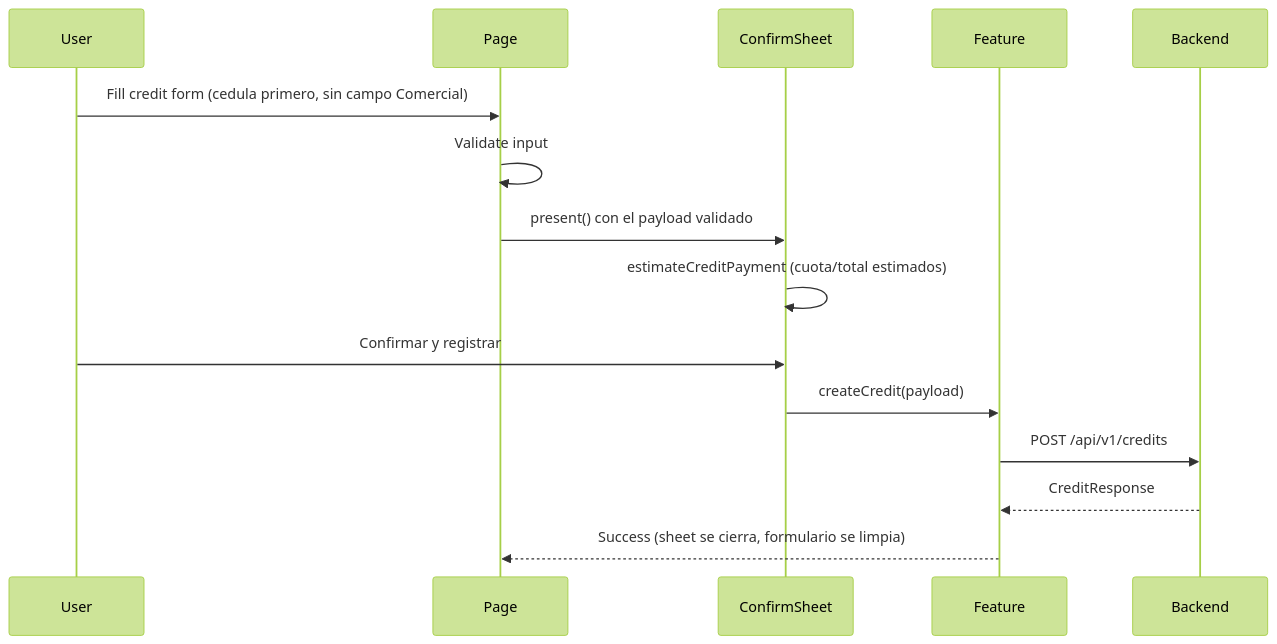
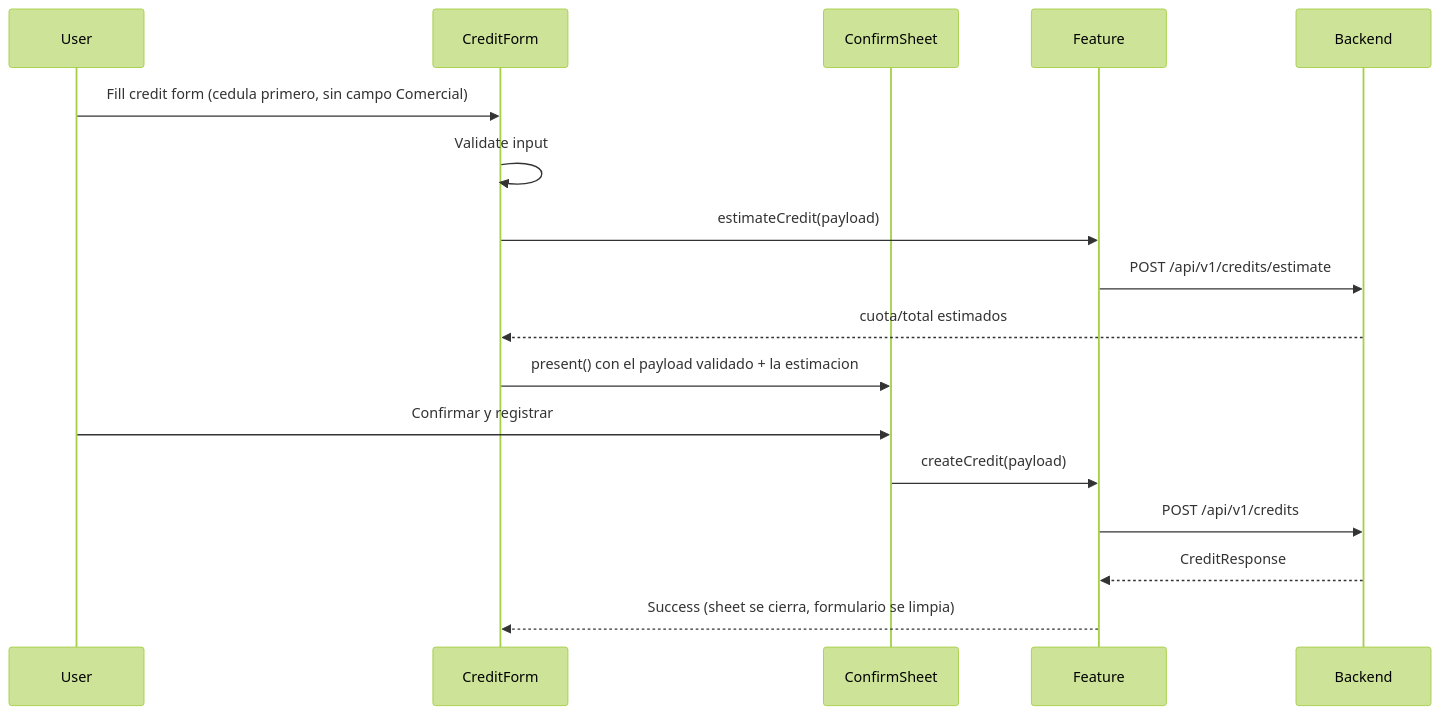
One commit to CarlosPolo019/credit-mobile changed the diagram in knowledge/credits/current-credit-registration-flow.md. Above: the diagram before and after it, drawn with Mermaid (forest theme). The commit also changed other lines of this file and 10 other files, not shown here.

First line of the commit message:
refactor: reuse the backend for the payment estimate, not a local formula

````diff
--- a/knowledge/credits/current-credit-registration-flow.md
+++ b/knowledge/credits/current-credit-registration-flow.md
@@ -19,17 +19,19 @@
 ```mermaid
 sequenceDiagram
   participant User
-  participant Page
+  participant Form as CreditForm
   participant ConfirmSheet
   participant Feature
   participant Backend
-  User->>Page: Fill credit form (cedula primero, sin campo Comercial)
-  Page->>Page: Validate input
-  Page->>ConfirmSheet: present() con el payload validado
-  ConfirmSheet->>ConfirmSheet: estimateCreditPayment (cuota/total estimados)
+  User->>Form: Fill credit form (cedula primero, sin campo Comercial)
+  Form->>Form: Validate input
+  Form->>Feature: estimateCredit(payload)
+  Feature->>Backend: POST /api/v1/credits/estimate
+  Backend-->>Form: cuota/total estimados
+  Form->>ConfirmSheet: present() con el payload validado + la estimacion
   User->>ConfirmSheet: Confirmar y registrar
   ConfirmSheet->>Feature: createCredit(payload)
   Feature->>Backend: POST /api/v1/credits
   Backend-->>Feature: CreditResponse
-  Feature-->>Page: Success (sheet se cierra, formulario se limpia)
+  Feature-->>Form: Success (sheet se cierra, formulario se limpia)
 ```
````
